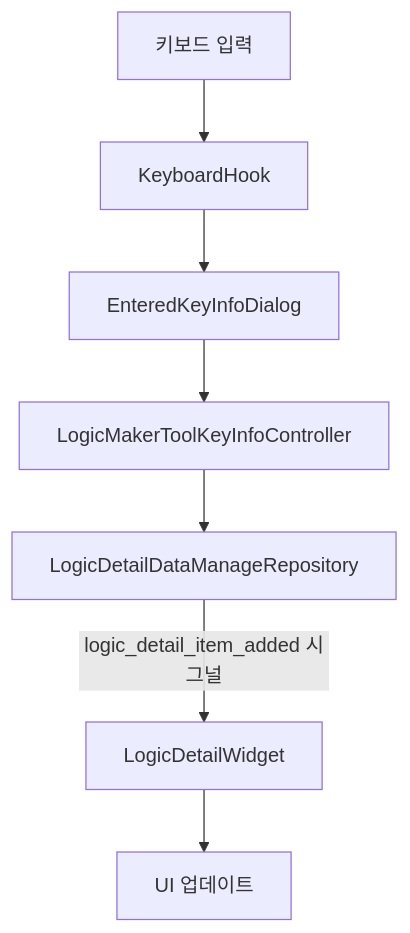
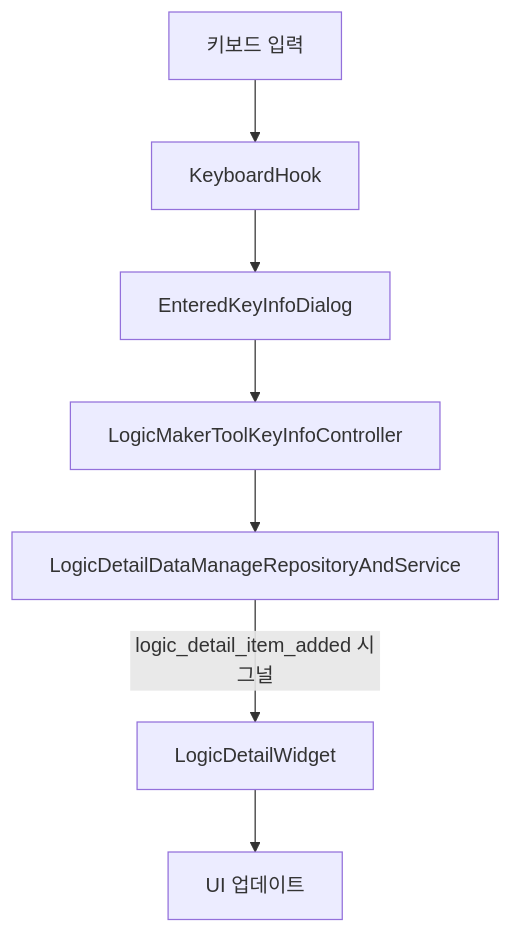
The diagram in BE/Doc/Key_Info_Input.md (ayc0735work/ddoky), drawn with Mermaid before and after one commit. The commit also changed other lines of this file and 5 other files, not shown here.

````diff
--- a/BE/Doc/Key_Info_Input.md
+++ b/BE/Doc/Key_Info_Input.md
@@ -165,9 +165,9 @@
 ```mermaid
 graph TD
     A[키보드 입력] --> B[KeyboardHook]
     B --> C[EnteredKeyInfoDialog]
     C --> D[LogicMakerToolKeyInfoController]
-    D --> E[LogicDetailDataManageRepository]
+    D --> E[LogicDetailDataManageRepositoryAndService]
     E -- logic_detail_item_added 시그널 --> F[LogicDetailWidget]
     F --> G[UI 업데이트]
 ```
````
